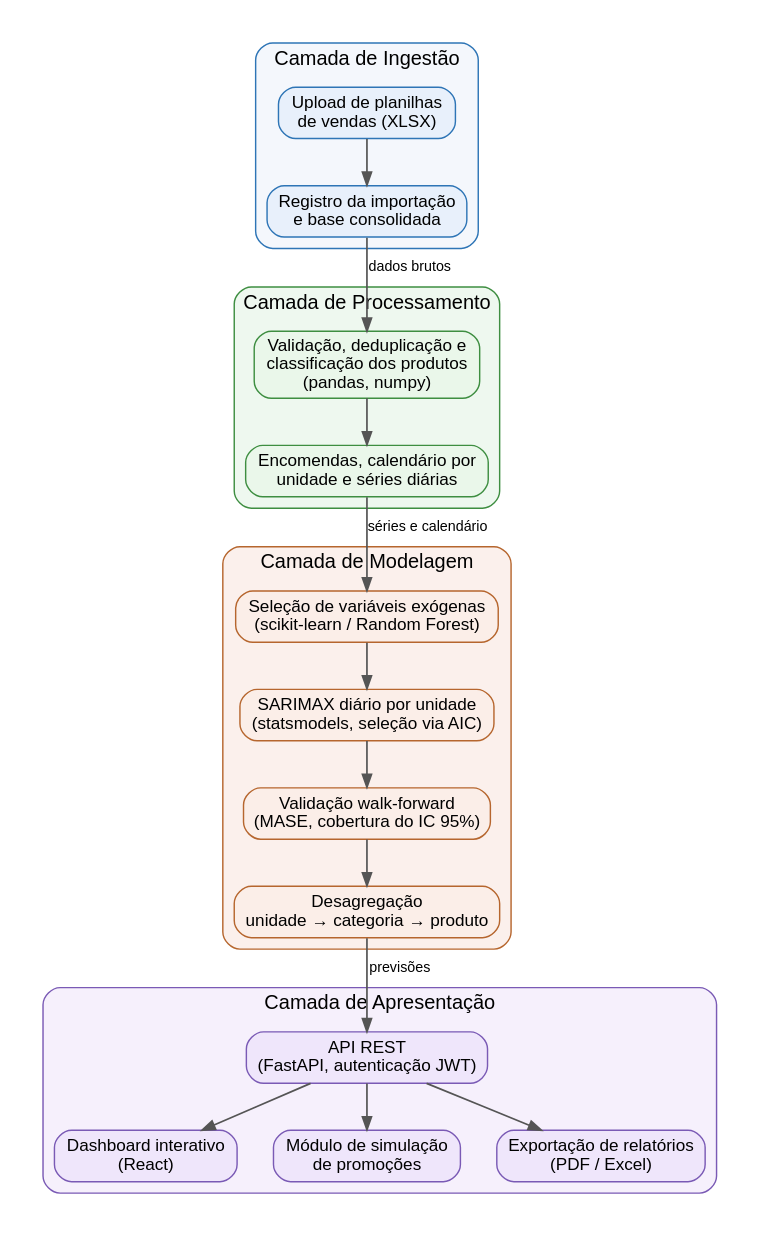
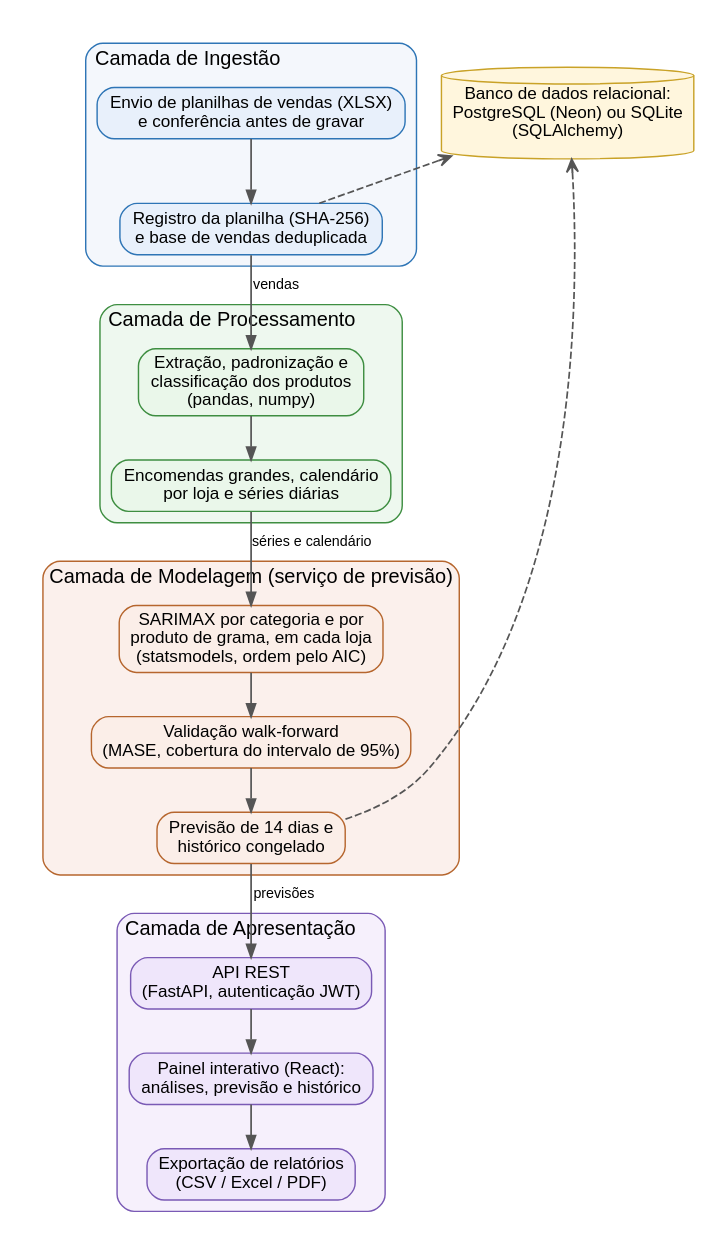
Before and after one commit to FelipeGA02/TCC---Inventory-Forecasting: the diagram in .claude/skills/artigo-tcc/diagramas/fig5_arquitetura.dot, drawn with Graphviz. The commit also changed 28 other files, not shown here.

First line of the commit message:
docs(artigo): relatório técnico v4 e diagramas revisados

```diff
--- a/.claude/skills/artigo-tcc/diagramas/fig5_arquitetura.dot
+++ b/.claude/skills/artigo-tcc/diagramas/fig5_arquitetura.dot
@@ -1,28 +1,29 @@
 digraph ARQ {
-  rankdir=TB; nodesep=0.35; ranksep=0.45; pad=0.2; compound=true;
+  rankdir=TB; nodesep=0.35; ranksep=0.42; pad=0.2; compound=true;
   node [fontname="Arial", fontsize=12, shape=box, style="rounded,filled"];
   edge [color="#555555", arrowsize=0.9, penwidth=1.2, fontname="Arial", fontsize=10];
-  subgraph cluster_ing { label="Camada de Ingestão"; fontname="Arial"; fontsize=14; style="rounded,filled"; fillcolor="#f4f7fc"; color="#2e75b6";
-    i1 [label="Upload de planilhas\nde vendas (XLSX)", fillcolor="#e8f0fb", color="#2e75b6"];
-    i2 [label="Registro da importação\ne base consolidada", fillcolor="#e8f0fb", color="#2e75b6"];
+  subgraph cluster_ing { label="Camada de Ingestão"; fontname="Arial"; fontsize=14; labeljust="l"; style="rounded,filled"; fillcolor="#f4f7fc"; color="#2e75b6";
+    i1 [label="Envio de planilhas de vendas (XLSX)\ne conferência antes de gravar", fillcolor="#e8f0fb", color="#2e75b6"];
+    i2 [label="Registro da planilha (SHA-256)\ne base de vendas deduplicada", fillcolor="#e8f0fb", color="#2e75b6"];
     i1 -> i2; }
-  subgraph cluster_proc { label="Camada de Processamento"; fontname="Arial"; fontsize=14; style="rounded,filled"; fillcolor="#eef8ef"; color="#3e8e41";
-    p1 [label="Validação, deduplicação e\nclassificação dos produtos\n(pandas, numpy)", fillcolor="#eaf7ea", color="#3e8e41"];
-    p2 [label="Encomendas, calendário por\nunidade e séries diárias", fillcolor="#eaf7ea", color="#3e8e41"];
+  subgraph cluster_proc { label="Camada de Processamento"; fontname="Arial"; fontsize=14; labeljust="l"; style="rounded,filled"; fillcolor="#eef8ef"; color="#3e8e41";
+    p1 [label="Extração, padronização e\nclassificação dos produtos\n(pandas, numpy)", fillcolor="#eaf7ea", color="#3e8e41"];
+    p2 [label="Encomendas grandes, calendário\npor loja e séries diárias", fillcolor="#eaf7ea", color="#3e8e41"];
     p1 -> p2; }
-  subgraph cluster_mod { label="Camada de Modelagem"; fontname="Arial"; fontsize=14; style="rounded,filled"; fillcolor="#fbf0ec"; color="#b6662e";
-    m1 [label="Seleção de variáveis exógenas\n(scikit-learn / Random Forest)", fillcolor="#fbeee8", color="#b6662e"];
-    m2 [label="SARIMAX diário por unidade\n(statsmodels, seleção via AIC)", fillcolor="#fbeee8", color="#b6662e"];
-    m3 [label="Validação walk-forward\n(MASE, cobertura do IC 95%)", fillcolor="#fbeee8", color="#b6662e"];
-    m4 [label="Desagregação\nunidade → categoria → produto", fillcolor="#fbeee8", color="#b6662e"];
-    m1 -> m2 -> m3 -> m4; }
-  subgraph cluster_apr { label="Camada de Apresentação"; fontname="Arial"; fontsize=14; style="rounded,filled"; fillcolor="#f6f0fc"; color="#7a5ab5";
+  subgraph cluster_mod { label="Camada de Modelagem (serviço de previsão)"; fontname="Arial"; fontsize=14; labeljust="l"; style="rounded,filled"; fillcolor="#fbf0ec"; color="#b6662e";
+    m1 [label="SARIMAX por categoria e por\nproduto de grama, em cada loja\n(statsmodels, ordem pelo AIC)", fillcolor="#fbeee8", color="#b6662e"];
+    m2 [label="Validação walk-forward\n(MASE, cobertura do intervalo de 95%)", fillcolor="#fbeee8", color="#b6662e"];
+    m3 [label="Previsão de 14 dias e\nhistórico congelado", fillcolor="#fbeee8", color="#b6662e"];
+    m1 -> m2 -> m3; }
+  subgraph cluster_apr { label="Camada de Apresentação"; fontname="Arial"; fontsize=14; labeljust="l"; style="rounded,filled"; fillcolor="#f6f0fc"; color="#7a5ab5";
     a0 [label="API REST\n(FastAPI, autenticação JWT)", fillcolor="#efe6fb", color="#7a5ab5"];
-    a1 [label="Dashboard interativo\n(React)", fillcolor="#efe6fb", color="#7a5ab5"];
-    a2 [label="Módulo de simulação\nde promoções", fillcolor="#efe6fb", color="#7a5ab5"];
-    a3 [label="Exportação de relatórios\n(PDF / Excel)", fillcolor="#efe6fb", color="#7a5ab5"];
-    a0 -> a1; a0 -> a2; a0 -> a3; }
-  i2 -> p1 [label=" dados brutos"];
+    a1 [label="Painel interativo (React):\nanálises, previsão e histórico", fillcolor="#efe6fb", color="#7a5ab5"];
+    a3 [label="Exportação de relatórios\n(CSV / Excel / PDF)", fillcolor="#efe6fb", color="#7a5ab5"];
+    a0 -> a1 -> a3; }
+  db [label="Banco de dados relacional:\nPostgreSQL (Neon) ou SQLite\n(SQLAlchemy)", shape=cylinder, style=filled, fillcolor="#fff6dd", color="#c9a227"];
+  i2 -> p1 [label=" vendas"];
   p2 -> m1 [label=" séries e calendário"];
-  m4 -> a0 [label=" previsões"];
+  m3 -> a0 [label=" previsões"];
+  i2 -> db [style=dashed, arrowhead=open, constraint=false];
+  m3 -> db [style=dashed, arrowhead=open, constraint=false];
 }
```
